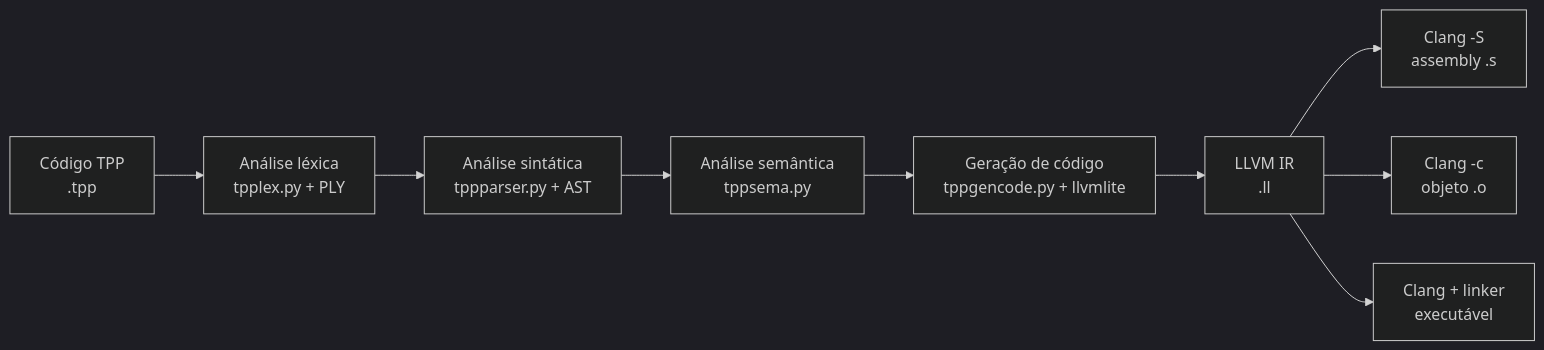
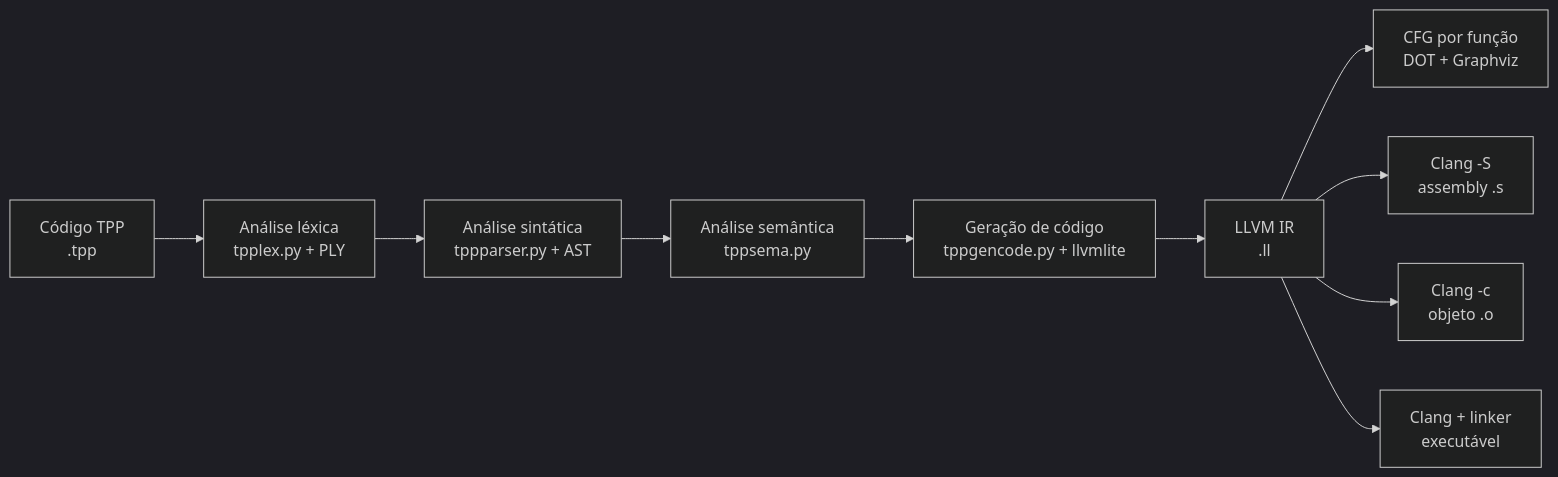
The diagram in README.md (gserbai/Compiler), drawn with Mermaid (dark theme) before and after one commit. The commit also changed other lines of this file and 217 other files, not shown here.

````diff
--- a/README.md
+++ b/README.md
@@ -14,11 +17,12 @@
 ```mermaid
 flowchart LR
     A["Código TPP<br/>.tpp"] --> B["Análise léxica<br/>tpplex.py + PLY"]
     B --> C["Análise sintática<br/>tppparser.py + AST"]
     C --> D["Análise semântica<br/>tppsema.py"]
     D --> E["Geração de código<br/>tppgencode.py + llvmlite"]
     E --> F["LLVM IR<br/>.ll"]
+    F --> J["CFG por função<br/>DOT + Graphviz"]
     F --> G["Clang -S<br/>assembly .s"]
     F --> H["Clang -c<br/>objeto .o"]
     F --> I["Clang + linker<br/>executável"]
 ```
````
